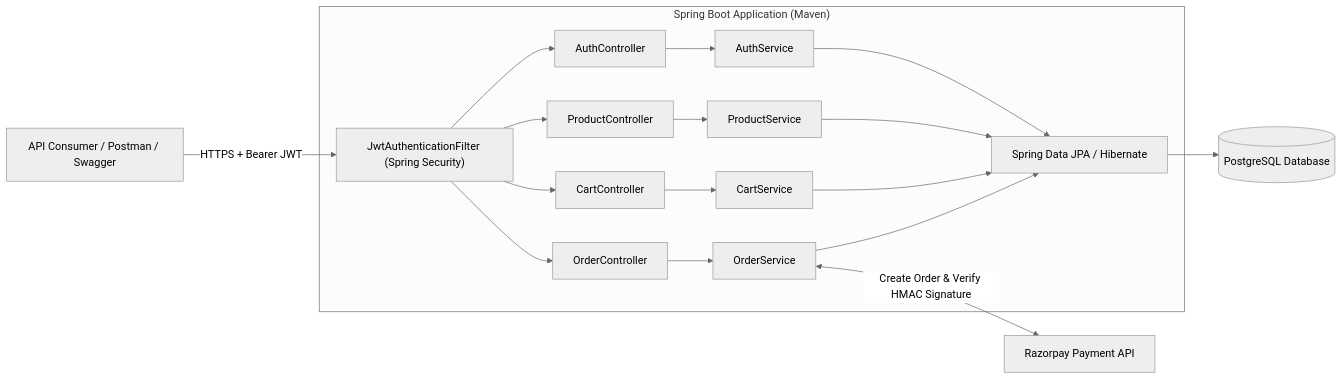
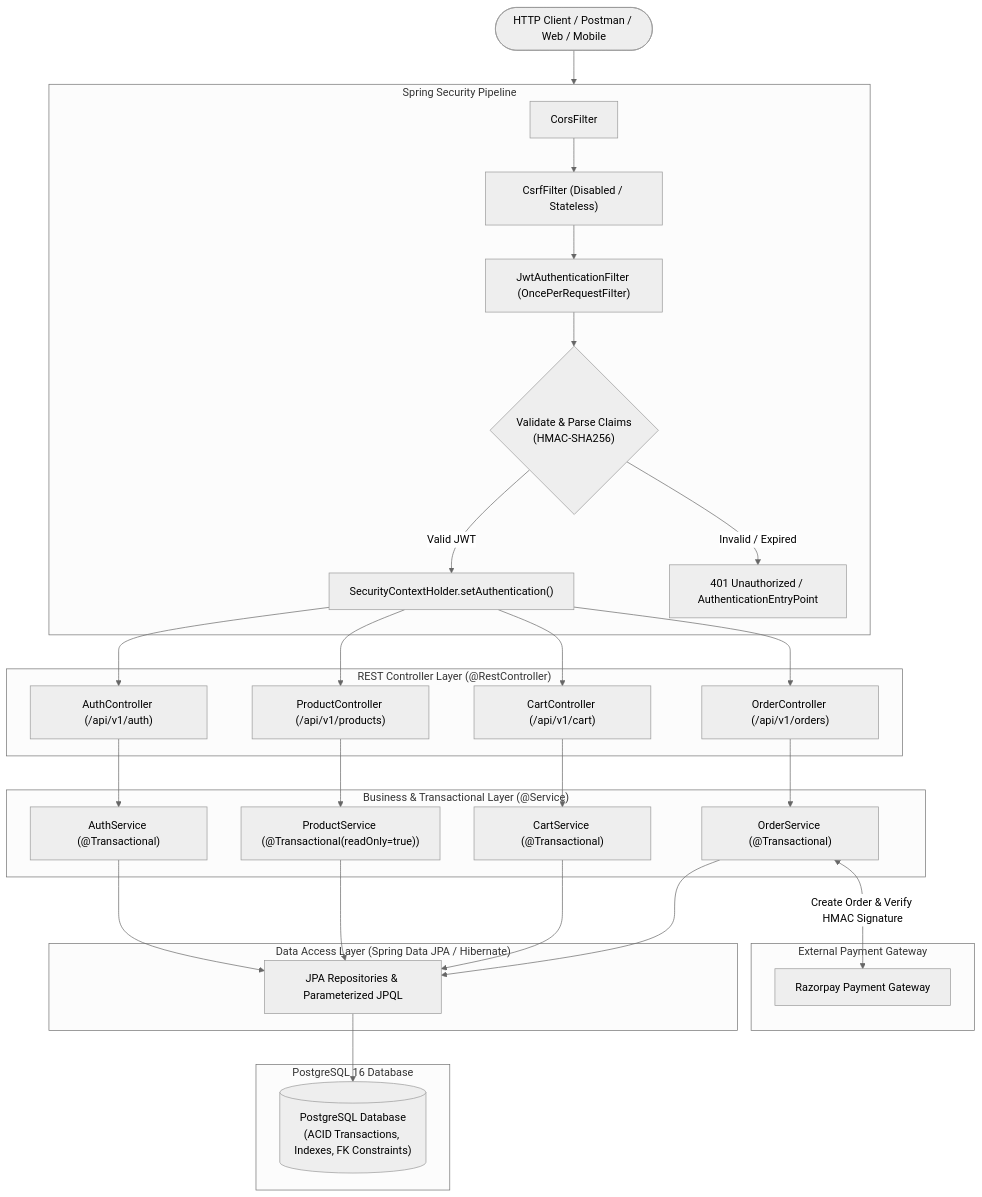
One commit to SanthoshBussa/ecommerce-management-system changed the first of 2 diagrams in README.md. Above: the diagram before and after it, drawn with Mermaid (neutral theme). The commit also changed other lines of this file, not shown here.

````diff
--- a/README.md
+++ b/README.md
@@ -35,21 +36,40 @@
 ```mermaid
-flowchart LR
-    Client["API Consumer / Postman / Swagger"] -->|HTTPS + Bearer JWT| Filter["JwtAuthenticationFilter (Spring Security)"]
-
-    subgraph SpringBoot ["Spring Boot Application (Maven)"]
-        Filter --> AuthCtrl["AuthController"]
-        Filter --> ProdCtrl["ProductController"]
-        Filter --> CartCtrl["CartController"]
-        Filter --> OrderCtrl["OrderController"]
-
-        AuthCtrl --> AuthSvc["AuthService"]
-        ProdCtrl --> ProdSvc["ProductService"]
-        CartCtrl --> CartSvc["CartService"]
-        OrderCtrl --> OrderSvc["OrderService"]
-
-        AuthSvc & ProdSvc & CartSvc & OrderSvc --> JPA["Spring Data JPA / Hibernate"]
+flowchart TD
+    Client(["HTTP Client / Postman / Web / Mobile"])
+    
+    subgraph SecurityLayer ["Spring Security Pipeline"]
+        CorsFilter["CorsFilter"] --> CsrfFilter["CsrfFilter (Disabled / Stateless)"]
+        CsrfFilter --> JwtFilter["JwtAuthenticationFilter (OncePerRequestFilter)"]
+        JwtFilter --> TokenProvider{"Validate & Parse Claims<br/>(HMAC-SHA256)"}
+        TokenProvider -->|Valid JWT| SetAuthContext["SecurityContextHolder.setAuthentication()"]
+        TokenProvider -->|Invalid / Expired| AuthException["401 Unauthorized / AuthenticationEntryPoint"]
     end
 
-    JPA --> PG[("PostgreSQL Database")]
-    OrderSvc <-->|Create Order & Verify HMAC Signature| RZP["Razorpay Payment API"]
+    subgraph ControllerLayer ["REST Controller Layer (@RestController)"]
+        SetAuthContext --> AuthCtrl["AuthController (/api/v1/auth)"]
+        SetAuthContext --> ProdCtrl["ProductController (/api/v1/products)"]
+        SetAuthContext --> CartCtrl["CartController (/api/v1/cart)"]
+        SetAuthContext --> OrderCtrl["OrderController (/api/v1/orders)"]
+    end
+
+    subgraph ServiceLayer ["Business & Transactional Layer (@Service)"]
+        AuthCtrl --> AuthService["AuthService (@Transactional)"]
+        ProdCtrl --> ProductService["ProductService (@Transactional(readOnly=true))"]
+        CartCtrl --> CartService["CartService (@Transactional)"]
+        OrderCtrl --> OrderService["OrderService (@Transactional)"]
+    end
+
+    subgraph PersistenceLayer ["Data Access Layer (Spring Data JPA / Hibernate)"]
+        AuthService & ProductService & CartService & OrderService --> Repositories["JPA Repositories & Parameterized JPQL"]
+    end
+
+    subgraph StorageLayer ["PostgreSQL 16 Database"]
+        Repositories --> DB[("PostgreSQL Database<br/>(ACID Transactions, Indexes, FK Constraints)")]
+    end
+
+    subgraph ExternalServices ["External Payment Gateway"]
+        OrderService <-->|Create Order & Verify HMAC Signature| RazorpayAPI["Razorpay Payment Gateway"]
+    end
+
+    Client --> SecurityLayer
 ```
````
